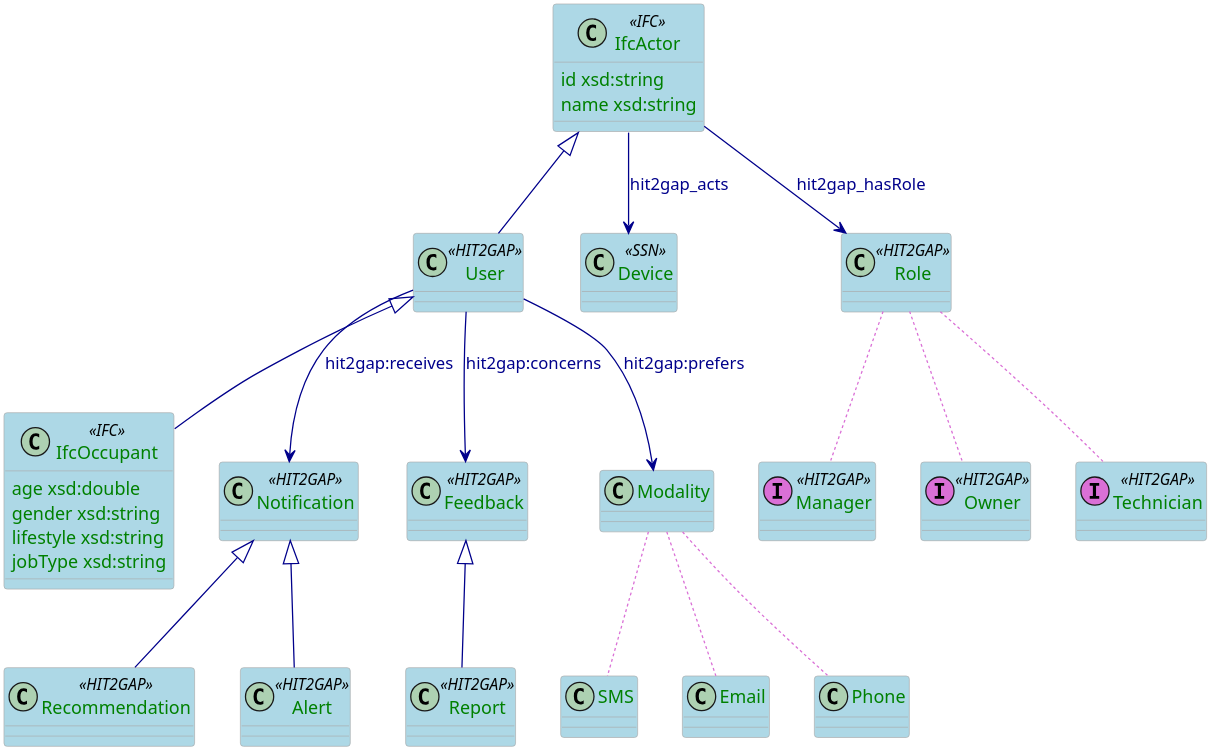
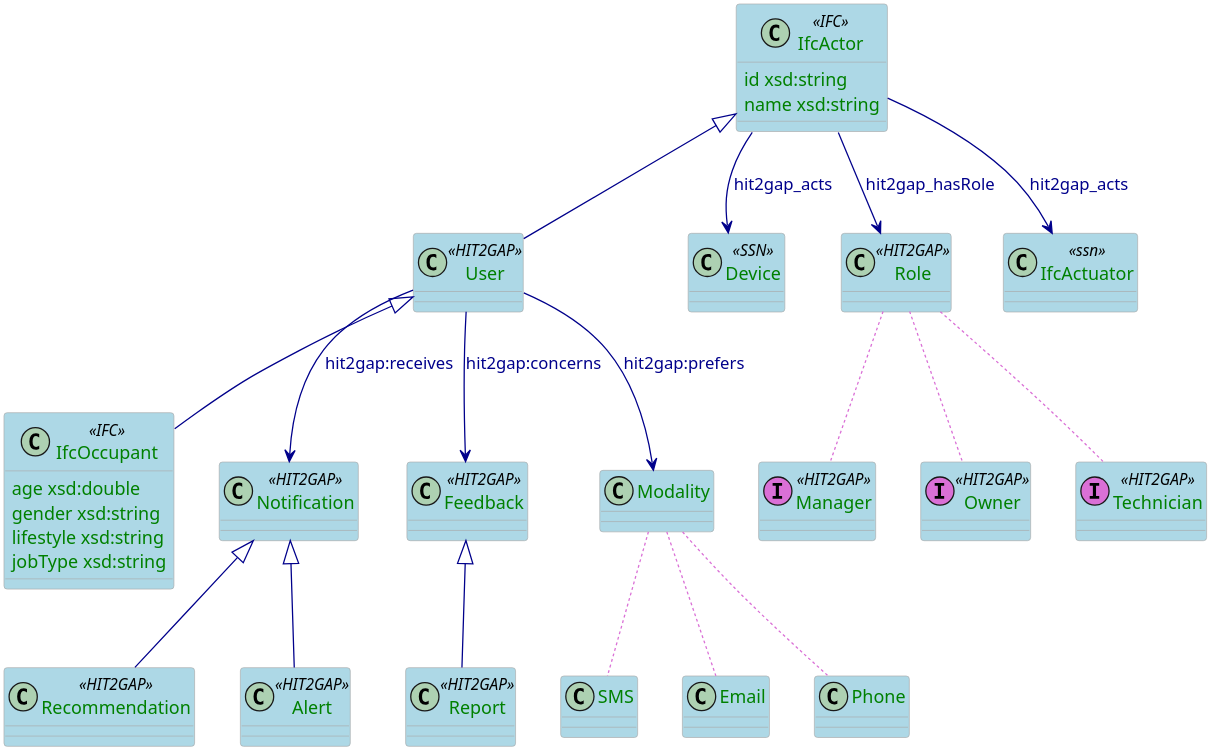
Before and after one commit to HIT2GAP-EU-PROJECT/BEMOnt: the diagram in docs/plantuml/OccupantSpecificModel.puml, drawn with PlantUML. The commit also changed 48 other files, not shown here.

```diff
--- a/docs/plantuml/OccupantSpecificModel.puml
+++ b/docs/plantuml/OccupantSpecificModel.puml
@@ -1,88 +1,90 @@
 @startuml
 skinparam class {
   ArrowColor DarkBlue
   ArrowFontColor DarkBlue
   BackgroundColor LightBlue
   BorderColor DarkGrey
 }
 skinparam dpi 300
 skinparam stereotypeCBackgroundColor Wheat
 skinparam classAttributeFontColor  Green
 
 class IfcActor <<IFC>> {
   id xsd:string
   name xsd:string
 }
 
 class IfcOccupant <<IFC>>{
   age xsd:double
   gender xsd:string
   lifestyle xsd:string
   jobType xsd:string
 }
 
 class User <<HIT2GAP>>{
 
 }
 
 class Notification <<HIT2GAP>>{
 
 }
 
 class Report <<HIT2GAP>>{
 
 }
 
 class Recommendation <<HIT2GAP>>{
 
 }
 
 class Feedback <<HIT2GAP>>{
 
 }
 
 class Alert <<HIT2GAP>>{
 
 }
 class Device <<SSN>>{
 
 }
 
 class Role <<HIT2GAP>>{
 
 }
 class Manager <<(I,orchid) HIT2GAP>>{
 
 }
 class Owner <<(I,orchid) HIT2GAP>>{
 
 }
 class Technician <<(I,orchid) HIT2GAP>>{
 
 }
+class IfcActuator<<ssn>>
 
 IfcActor <|-- User
 IfcActor--> Role: hit2gap_hasRole
 IfcActor --> Device:hit2gap_acts
+IfcActor --> IfcActuator:hit2gap_acts
 
 Role ..[#orchid] Manager
 Role ..[#orchid] Owner
 Role ..[#orchid] Technician
 User <|-- IfcOccupant
 
 /'
 Description of Feedback and Reporting
 '/
 
 Feedback <|-- Report
 Notification <|-- Alert
 Notification <|-- Recommendation
 User --> Modality: hit2gap:prefers
 Modality ..[#orchid] SMS
 Modality ..[#orchid] Email
 Modality ..[#orchid] Phone
 
 User --> Notification:hit2gap:receives
 User --> Feedback:hit2gap:concerns
 
 @enduml
```
